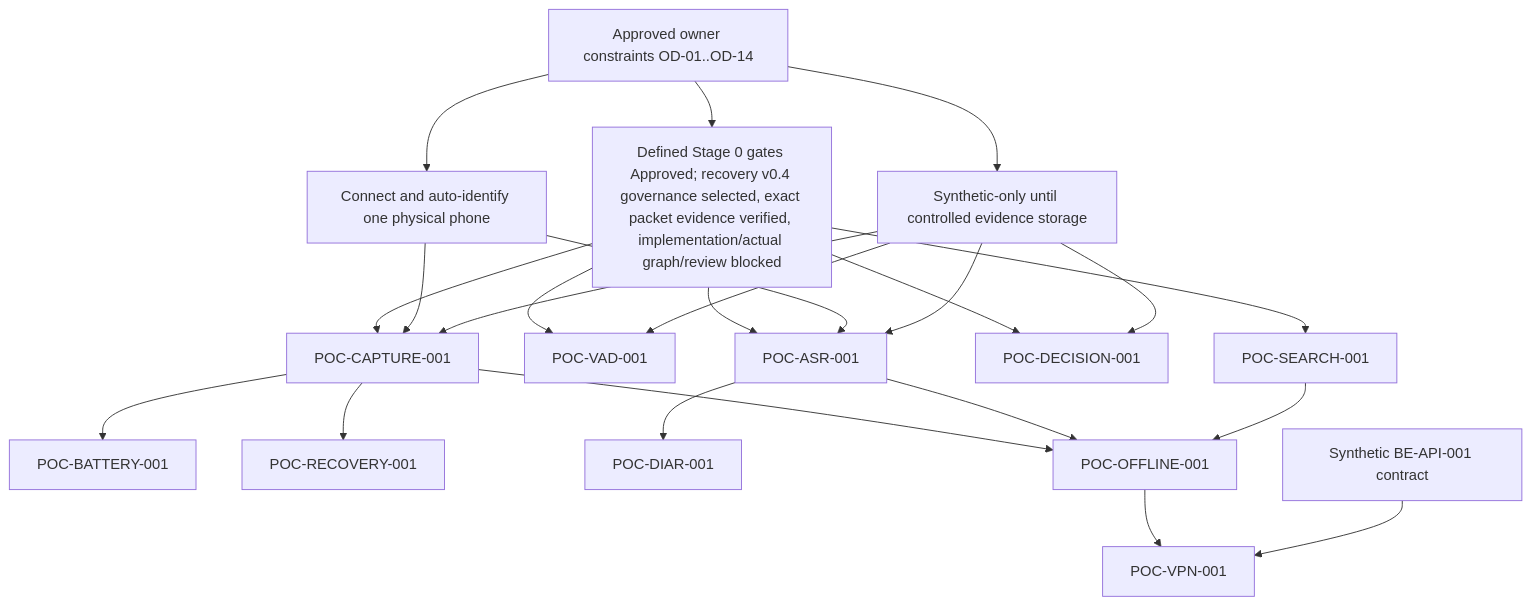
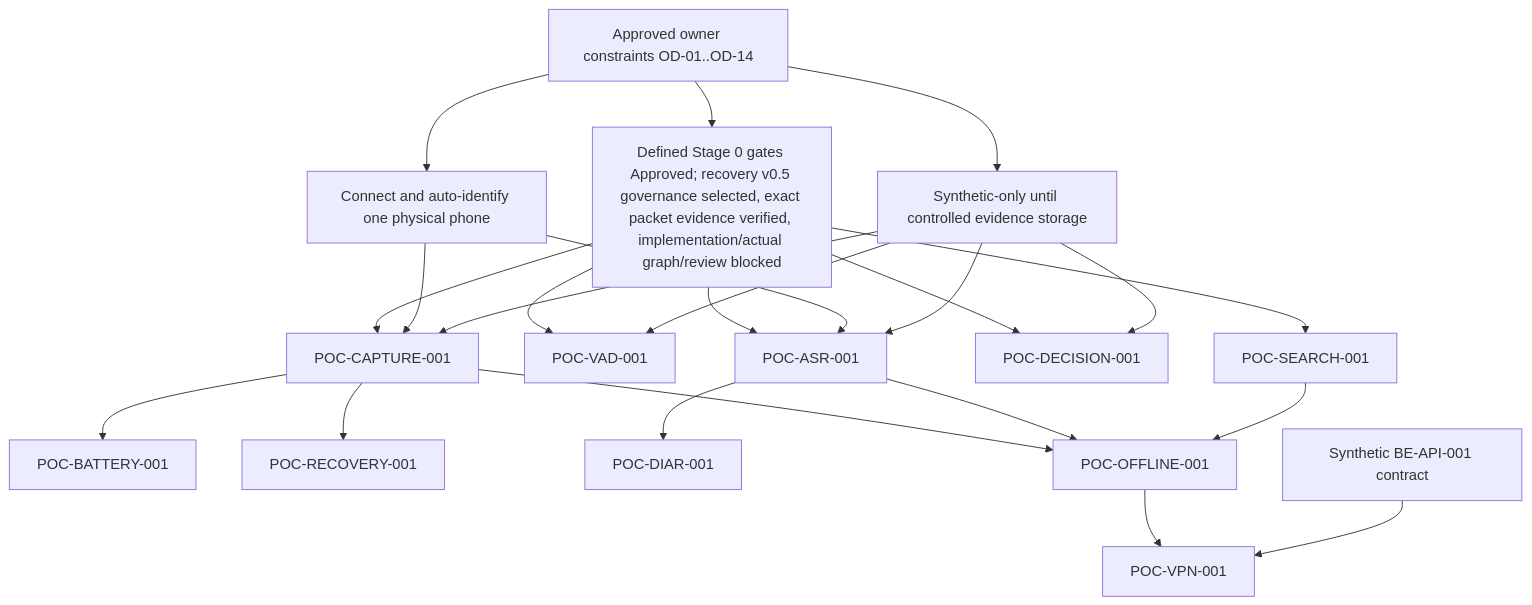
The diagram in docs/stage0/DORA_MVP1_POC_EXECUTION_ORDER.md (Monumentogram/DORA), drawn with Mermaid before and after one commit. The commit also changed other lines of this file and 29 other files, not shown here.

Commit message:
docs(stage0): remediate recovery governance v0.5

````diff
--- a/docs/stage0/DORA_MVP1_POC_EXECUTION_ORDER.md
+++ b/docs/stage0/DORA_MVP1_POC_EXECUTION_ORDER.md
@@ -34,25 +34,25 @@
 ```mermaid
 flowchart TD
-    O["Approved owner constraints OD-01..OD-14"] --> G["Defined Stage 0 gates Approved; recovery v0.4 governance selected, exact packet evidence verified, implementation/actual graph/review blocked"]
+    O["Approved owner constraints OD-01..OD-14"] --> G["Defined Stage 0 gates Approved; recovery v0.5 governance selected, exact packet evidence verified, implementation/actual graph/review blocked"]
     O --> D["Connect and auto-identify one physical phone"]
     O --> C["Synthetic-only until controlled evidence storage"]
     G --> CAP["POC-CAPTURE-001"]
     D --> CAP
     C --> CAP
     CAP --> BAT["POC-BATTERY-001"]
     CAP --> REC["POC-RECOVERY-001"]
     G --> VAD["POC-VAD-001"]
     C --> VAD
     G --> ASR["POC-ASR-001"]
     D --> ASR
     C --> ASR
     ASR --> DIAR["POC-DIAR-001"]
     G --> DEC["POC-DECISION-001"]
     C --> DEC
     G --> SEARCH["POC-SEARCH-001"]
     CAP --> OFF["POC-OFFLINE-001"]
     ASR --> OFF
     SEARCH --> OFF
     OFF --> VPN["POC-VPN-001"]
     API["Synthetic BE-API-001 contract"] --> VPN
 ```
````
